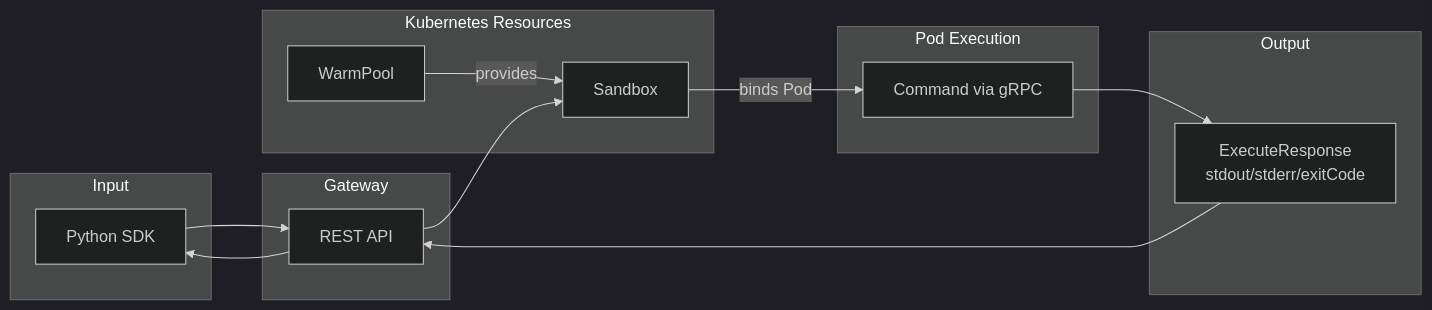
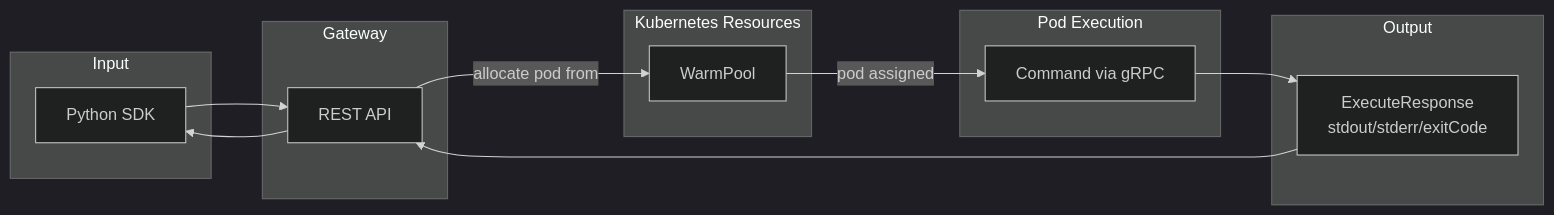
Before and after one commit to Lincyaw/agent-env: the fourth of 4 diagrams in docs/developer-guide/architecture.md, drawn with Mermaid (dark theme). The commit also changed other lines of this file and 11 other files, not shown here.

````diff
--- a/docs/developer-guide/architecture.md
+++ b/docs/developer-guide/architecture.md
@@ -190,31 +158,29 @@
 ```mermaid
 flowchart LR
     subgraph "Input"
         SDK[Python SDK]
     end
 
     subgraph "Gateway"
         GW[REST API]
     end
 
     subgraph "Kubernetes Resources"
         WP[WarmPool]
-        SB[Sandbox]
     end
 
     subgraph "Pod Execution"
         Cmd[Command via gRPC]
     end
 
     subgraph "Output"
         Status[ExecuteResponse<br/>stdout/stderr/exitCode]
     end
 
     SDK --> GW
-    GW --> SB
-    WP --> |provides| SB
-    SB --> |binds Pod| Cmd
+    GW --> |allocate pod from| WP
+    WP --> |pod assigned| Cmd
     Cmd --> Status
     Status --> GW
     GW --> SDK
 ```
````
